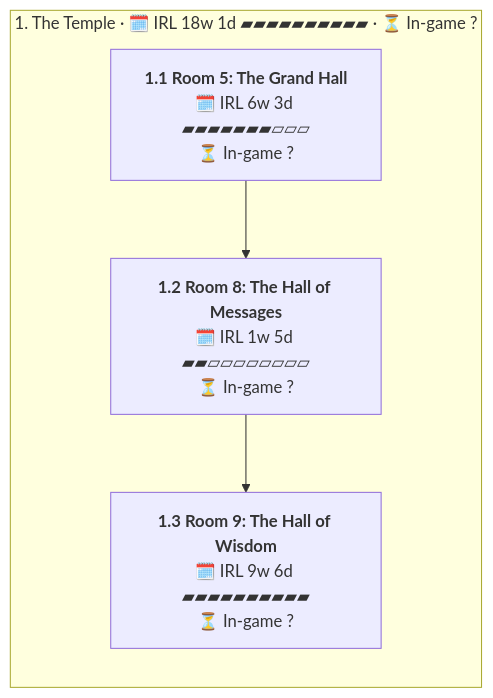
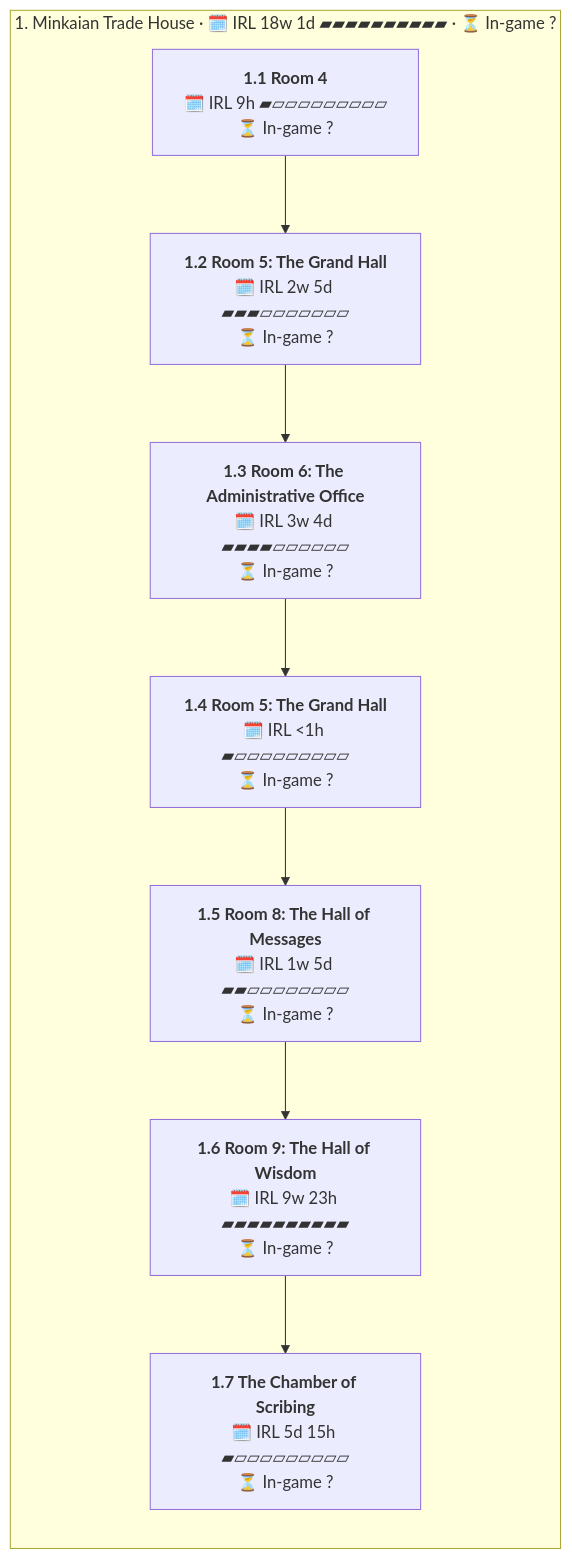
Before and after one commit to LewisIsWorking/PathWarsWiki: the diagram in Writerside/topics/C04-The-Magni-Guard/C04-Magni-Guard-Timeline.md, drawn with Mermaid. The commit also changed other lines of this file and 33 other files, not shown here.

First line of the commit message:
feat(timeline): every campaign has a timeline (#74)

````diff
--- a/Writerside/topics/C04-The-Magni-Guard/C04-Magni-Guard-Timeline.md
+++ b/Writerside/topics/C04-The-Magni-Guard/C04-Magni-Guard-Timeline.md
@@ -8,11 +8,19 @@
 ```mermaid
 flowchart TD
-    subgraph a0["1. The Temple · 🗓️ IRL 18w 1d ▰▰▰▰▰▰▰▰▰▰ · ⏳ In-game ?"]
+    subgraph a0["1. Minkaian Trade House · 🗓️ IRL 18w 1d ▰▰▰▰▰▰▰▰▰▰ · ⏳ In-game ?"]
     direction TB
-        v0["<b>1.1 Room 5: The Grand Hall</b><br/>🗓️ IRL 6w 3d ▰▰▰▰▰▰▰▱▱▱<br/>⏳ In-game ?"]
-        v1["<b>1.2 Room 8: The Hall of Messages</b><br/>🗓️ IRL 1w 5d ▰▰▱▱▱▱▱▱▱▱<br/>⏳ In-game ?"]
-        v2["<b>1.3 Room 9: The Hall of Wisdom</b><br/>🗓️ IRL 9w 6d ▰▰▰▰▰▰▰▰▰▰<br/>⏳ In-game ?"]
+        v0["<b>1.1 Room 4</b><br/>🗓️ IRL 9h ▰▱▱▱▱▱▱▱▱▱<br/>⏳ In-game ?"]
+        v1["<b>1.2 Room 5: The Grand Hall</b><br/>🗓️ IRL 2w 5d ▰▰▰▱▱▱▱▱▱▱<br/>⏳ In-game ?"]
+        v2["<b>1.3 Room 6: The Administrative Office</b><br/>🗓️ IRL 3w 4d ▰▰▰▰▱▱▱▱▱▱<br/>⏳ In-game ?"]
+        v3["<b>1.4 Room 5: The Grand Hall</b><br/>🗓️ IRL <1h ▰▱▱▱▱▱▱▱▱▱<br/>⏳ In-game ?"]
+        v4["<b>1.5 Room 8: The Hall of Messages</b><br/>🗓️ IRL 1w 5d ▰▰▱▱▱▱▱▱▱▱<br/>⏳ In-game ?"]
+        v5["<b>1.6 Room 9: The Hall of Wisdom</b><br/>🗓️ IRL 9w 23h ▰▰▰▰▰▰▰▰▰▰<br/>⏳ In-game ?"]
+        v6["<b>1.7 The Chamber of Scribing</b><br/>🗓️ IRL 5d 15h ▰▱▱▱▱▱▱▱▱▱<br/>⏳ In-game ?"]
     end
     v0 --> v1
     v1 --> v2
+    v2 --> v3
+    v3 --> v4
+    v4 --> v5
+    v5 --> v6
 ```
````
